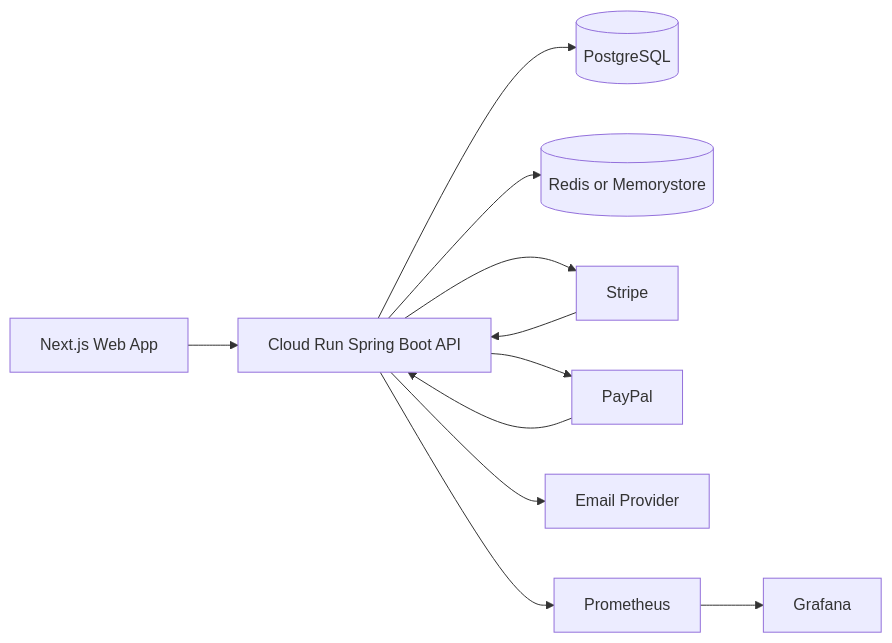
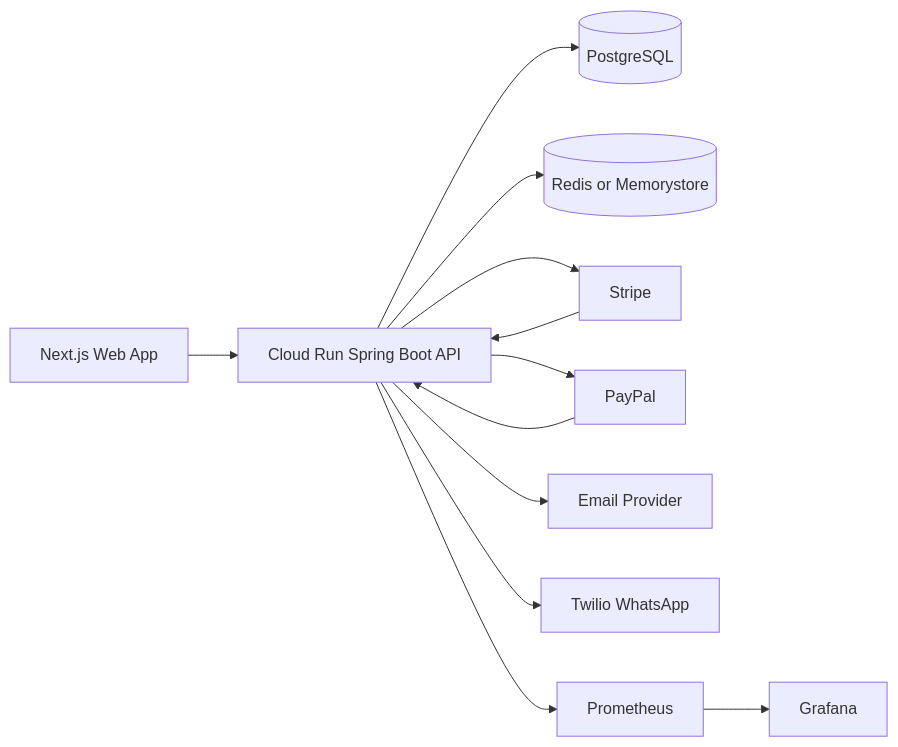
The first of 3 diagrams in README.md (leonard1thecoder/king-sparkon-tracker-backend), drawn with Mermaid before and after one commit. The commit also changed other lines of this file, not shown here.

````diff
--- a/README.md
+++ b/README.md
@@ -23,13 +26,14 @@
 ```mermaid
 flowchart LR
     UI[Next.js Web App] --> API[Cloud Run Spring Boot API]
     API --> DB[(PostgreSQL)]
     API --> REDIS[(Redis or Memorystore)]
     API --> STRIPE[Stripe]
     API --> PAYPAL[PayPal]
     API --> SMTP[Email Provider]
+    API --> TWILIO[Twilio WhatsApp]
     STRIPE --> API
     PAYPAL --> API
     API --> PROM[Prometheus]
     PROM --> GRAFANA[Grafana]
 ```
````
